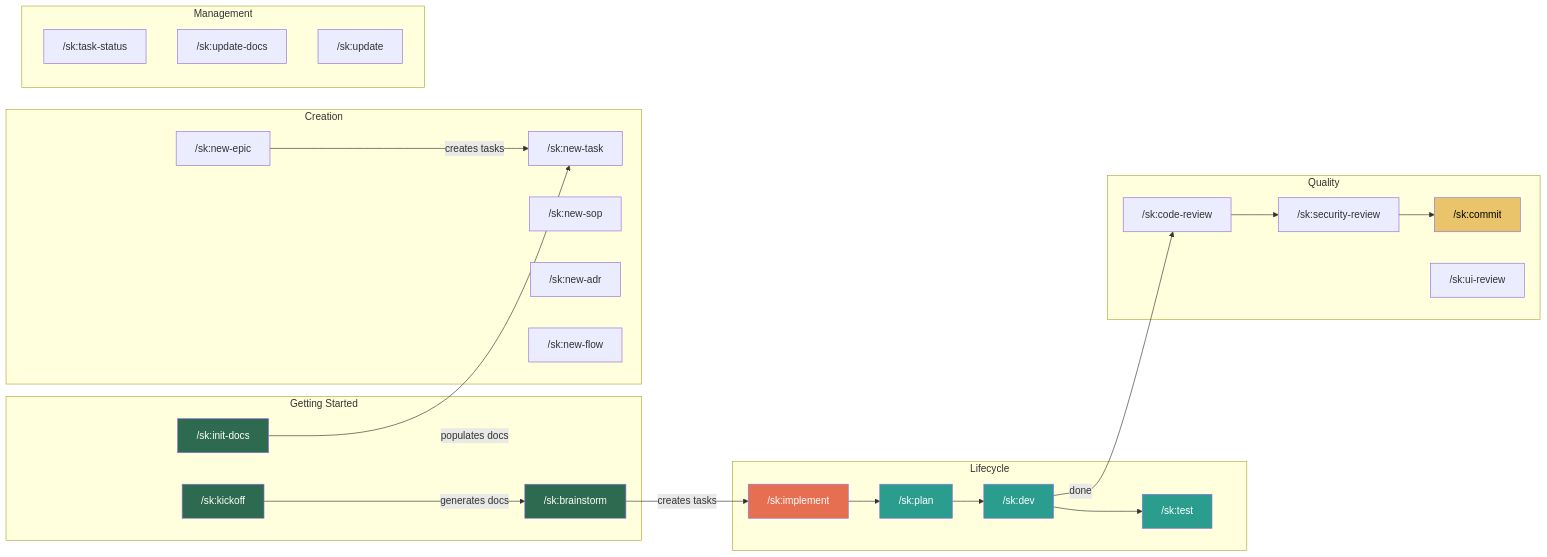
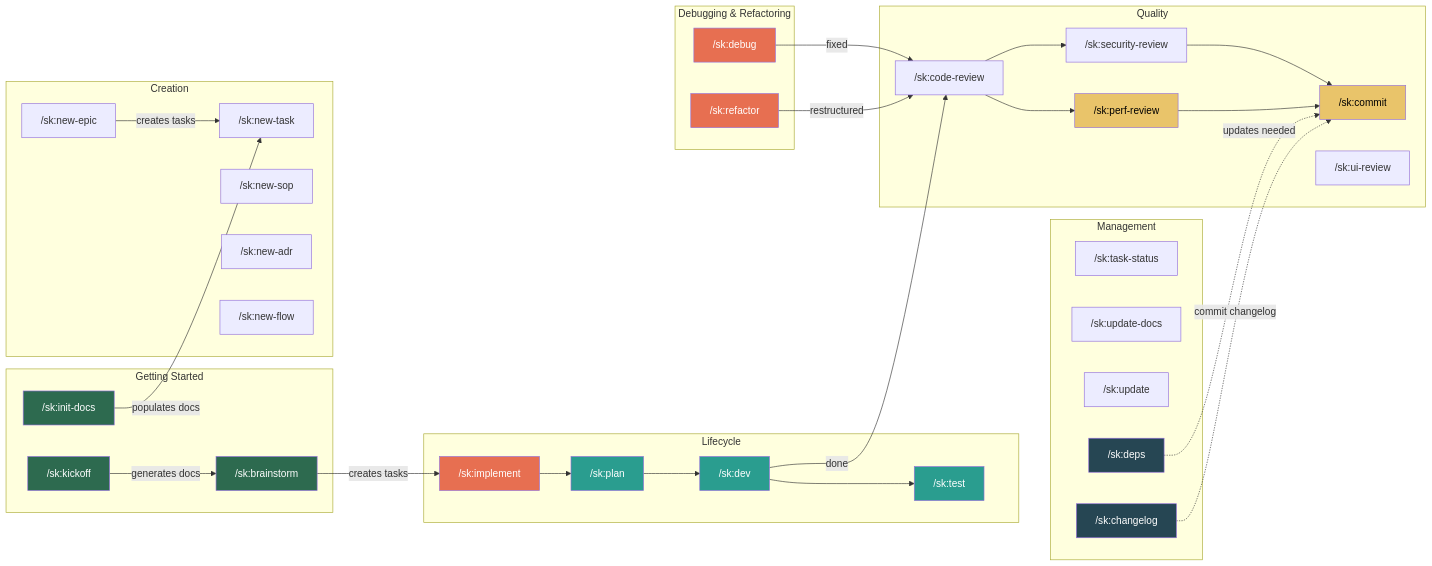
Before and after one commit to moniav/sk: the fifth of 5 diagrams in Readme.md, drawn with Mermaid. The commit also changed other lines of this file and 8 other files, not shown here.

First line of the commit message:
feat: add debug, changelog, refactor, perf-review, and deps commands

````diff
--- a/Readme.md
+++ b/Readme.md
@@ -214,59 +214,80 @@
 ```mermaid
 graph LR
     subgraph "Getting Started"
         kickoff["/sk:kickoff"]
         brainstorm["/sk:brainstorm"]
         initdocs["/sk:init-docs"]
     end
 
     subgraph "Lifecycle"
         implement["/sk:implement"]
         plan["/sk:plan"]
         dev["/sk:dev"]
         test["/sk:test"]
     end
 
     subgraph "Creation"
         newtask["/sk:new-task"]
         newepic["/sk:new-epic"]
         newsop["/sk:new-sop"]
         newadr["/sk:new-adr"]
         newflow["/sk:new-flow"]
     end
 
     subgraph "Quality"
         commit["/sk:commit"]
         codereview["/sk:code-review"]
         secreview["/sk:security-review"]
         uireview["/sk:ui-review"]
+        perfreview["/sk:perf-review"]
+    end
+
+    subgraph "Debugging & Refactoring"
+        debug["/sk:debug"]
+        refactor["/sk:refactor"]
     end
 
     subgraph "Management"
         status["/sk:task-status"]
         updatedocs["/sk:update-docs"]
         update["/sk:update"]
+        changelog["/sk:changelog"]
+        deps["/sk:deps"]
     end
 
     kickoff -->|"generates docs"| brainstorm
     brainstorm -->|"creates tasks"| implement
     initdocs -->|"populates docs"| newtask
 
     implement --> plan
     plan --> dev
     dev --> test
 
     newepic -->|"creates tasks"| newtask
 
     dev -->|"done"| codereview
     codereview --> secreview
+    codereview --> perfreview
     secreview --> commit
+    perfreview --> commit
+
+    debug -->|"fixed"| codereview
+    refactor -->|"restructured"| codereview
+
+    deps -.->|"updates needed"| commit
+    changelog -.->|"commit changelog"| commit
 
     style kickoff fill:#2d6a4f,color:#fff
     style brainstorm fill:#2d6a4f,color:#fff
     style initdocs fill:#2d6a4f,color:#fff
     style implement fill:#e76f51,color:#fff
     style plan fill:#2a9d8f,color:#fff
     style dev fill:#2a9d8f,color:#fff
     style test fill:#2a9d8f,color:#fff
+    style perfreview fill:#e9c46a,color:#000
+    style debug fill:#e76f51,color:#fff
+    style refactor fill:#e76f51,color:#fff
+    style changelog fill:#264653,color:#fff
+    style deps fill:#264653,color:#fff
     style commit fill:#e9c46a,color:#000
 ```
````
